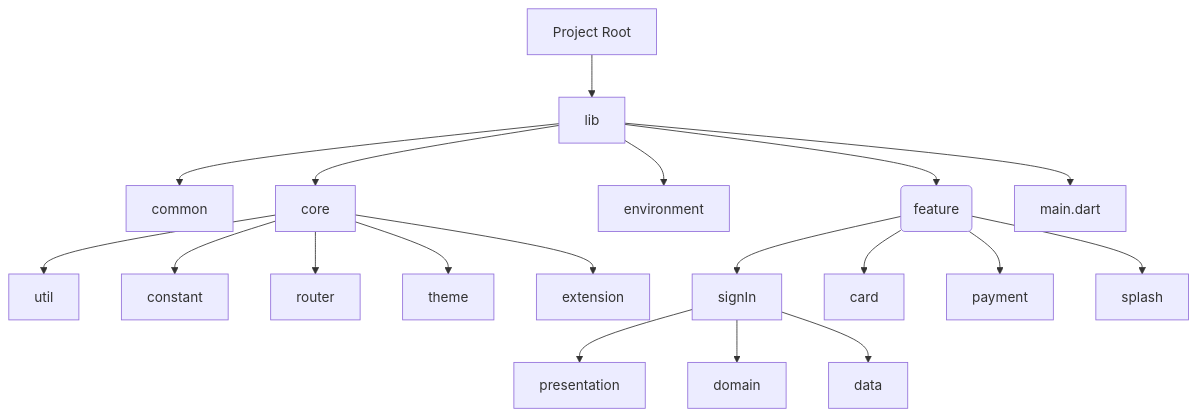
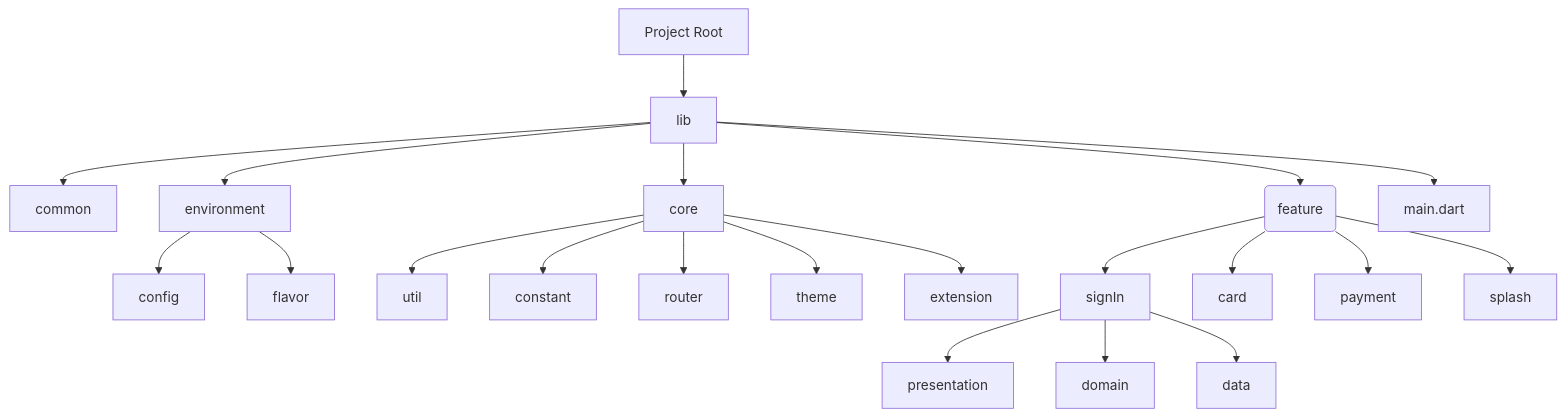
One commit to KoreanTuna/Payment-Demo changed the first of 2 diagrams in README.md. Above: the diagram before and after it, drawn with Mermaid.

````diff
--- a/README.md
+++ b/README.md
@@ -11,30 +11,33 @@
 ```mermaid
 flowchart TD
     A[Project Root]
     A --> lib
 
     lib --> common
     lib --> core
     lib --> environment
     lib --> screen(feature)
     lib --> main.dart
+
+    environment --> config
+    environment --> flavor
 
     core --> util
     core --> constant
     core --> router
     core --> theme
     core --> extension
 
     screen(feature) --> signIn
     screen(feature) --> card
     screen(feature) --> payment
     screen(feature) --> splash
 
     signIn --> presentation
     signIn --> domain
     signIn --> data
 
     
 
 
 ```
````
